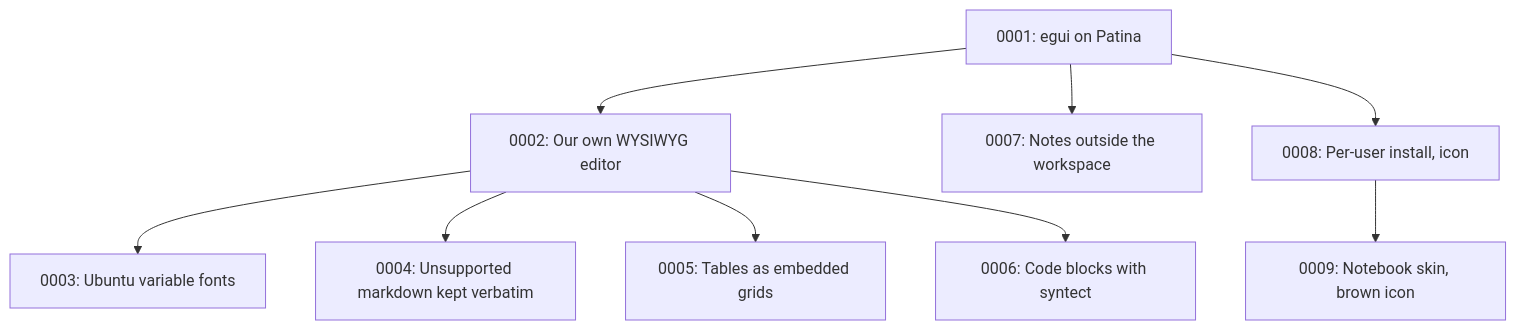
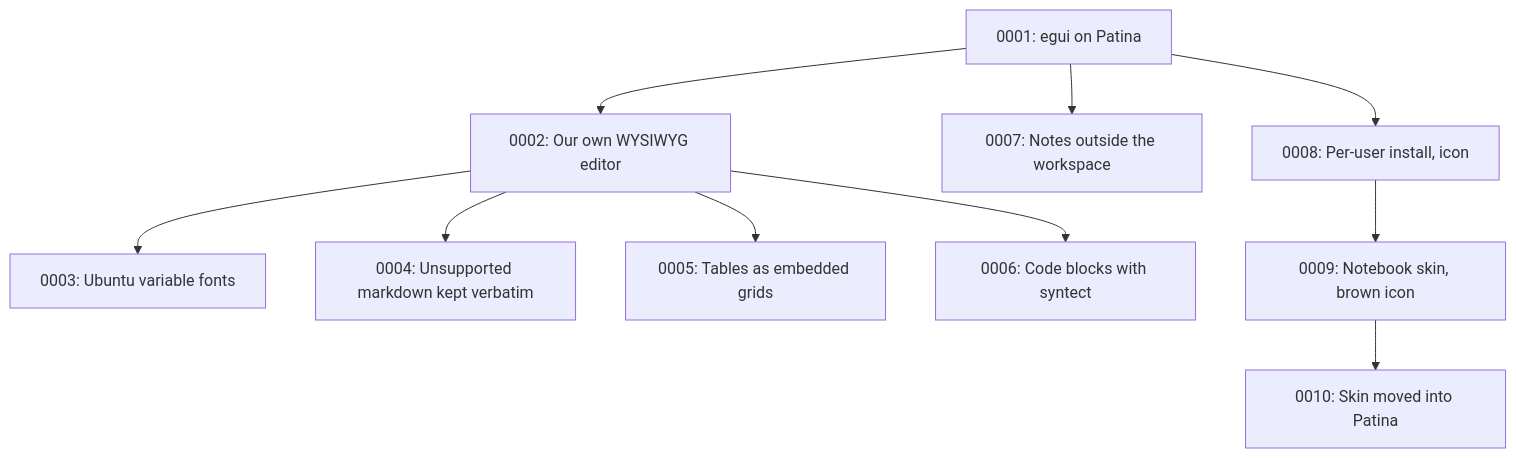
Before and after one commit to Sector-F-Labs/notebook: the diagram in docs/adr/README.md, drawn with Mermaid. The commit also changed other lines of this file and 9 other files, not shown here.

First line of the commit message:
Use the skin built into patina-ui 0.1.2

````diff
--- a/docs/adr/README.md
+++ b/docs/adr/README.md
@@ -56,11 +57,12 @@
 ```mermaid
 flowchart TD
     A[0001: egui on Patina] --> B[0002: Our own WYSIWYG editor]
     B --> C[0003: Ubuntu variable fonts]
     B --> D[0004: Unsupported markdown kept verbatim]
     B --> E[0005: Tables as embedded grids]
     B --> F[0006: Code blocks with syntect]
     A --> G[0007: Notes outside the workspace]
     A --> H[0008: Per-user install, icon]
     H --> I[0009: Notebook skin, brown icon]
+    I --> J[0010: Skin moved into Patina]
 ```
````
